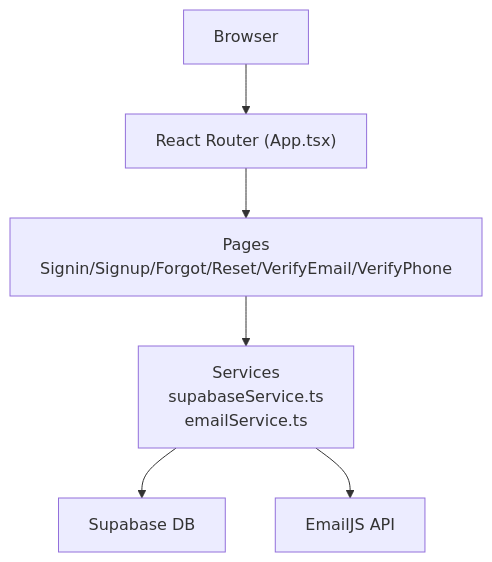
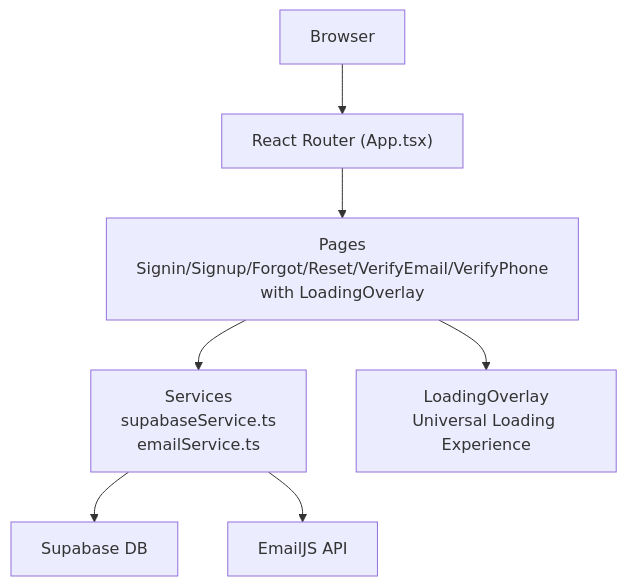
Before and after one commit to zpria/ACCOUND-ZPRIA: the second of 14 diagrams in .qoder/repowiki/en/content/Authentication System/Authentication System.md, drawn with Mermaid. The commit also changed other lines of this file and 12 other files, not shown here.

````diff
--- a/.qoder/repowiki/en/content/Authentication System/Authentication System.md
+++ b/.qoder/repowiki/en/content/Authentication System/Authentication System.md
@@ -126,14 +144,16 @@
 ```mermaid
 graph TB
 Browser["Browser"]
 Router["React Router (App.tsx)"]
-Pages["Pages<br/>Signin/Signup/Forgot/Reset/VerifyEmail/VerifyPhone"]
+Pages["Pages<br/>Signin/Signup/Forgot/Reset/VerifyEmail/VerifyPhone<br/>with LoadingOverlay"]
 Services["Services<br/>supabaseService.ts<br/>emailService.ts"]
 Supabase["Supabase DB"]
 EmailJS["EmailJS API"]
+Loading["LoadingOverlay<br/>Universal Loading Experience"]
 Browser --> Router
 Router --> Pages
 Pages --> Services
+Pages --> Loading
 Services --> Supabase
 Services --> EmailJS
 ```
````
